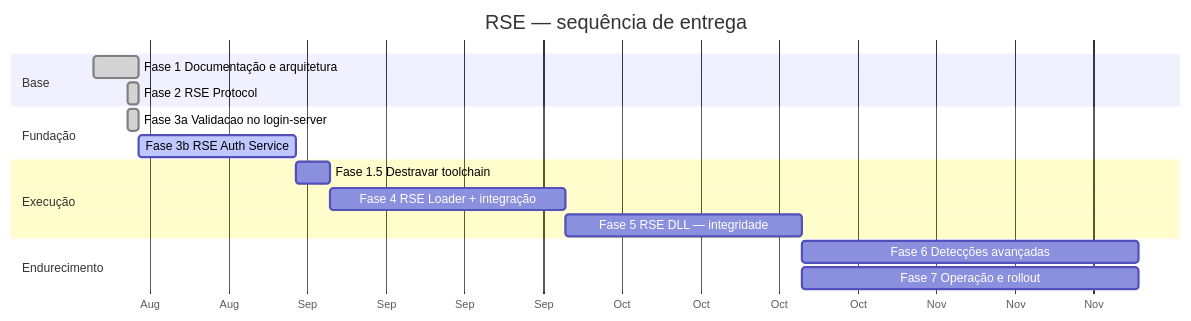
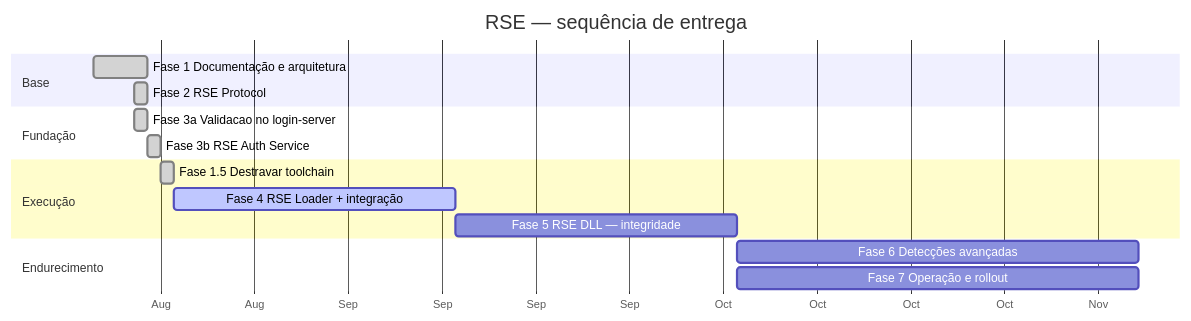
Before and after one commit to phillipelink/ragnalink-patcher: the diagram in docs/ROADMAP.md, drawn with Mermaid. The commit also changed other lines of this file and 3 other files, not shown here.

````diff
--- a/docs/ROADMAP.md
+++ b/docs/ROADMAP.md
@@ -9,19 +9,19 @@
 ```mermaid
 gantt
     title RSE — sequência de entrega
     dateFormat YYYY-MM-DD
     axisFormat %b
     section Base
     Fase 1  Documentação e arquitetura   :done, f1, 2026-08-18, 4d
     Fase 2  RSE Protocol                  :done, f2, 2026-08-21, 1d
     section Fundação
     Fase 3a Validacao no login-server     :done, f3a, 2026-08-21, 1d
-    Fase 3b RSE Auth Service              :active, f3b, after f3a, 14d
+    Fase 3b RSE Auth Service              :done, f3b, after f3a, 1d
     section Execução
-    Fase 1.5 Destravar toolchain          :f15, after f3b, 3d
-    Fase 4  RSE Loader + integração       :f4, after f15, 21d
+    Fase 1.5 Destravar toolchain          :done, f15, after f3b, 1d
+    Fase 4  RSE Loader + integração       :active, f4, after f15, 21d
     Fase 5  RSE DLL — integridade         :f5, after f4, 21d
     section Endurecimento
     Fase 6  Detecções avançadas           :f6, after f5, 30d
     Fase 7  Operação e rollout            :f7, after f5, 30d
 ```
````
